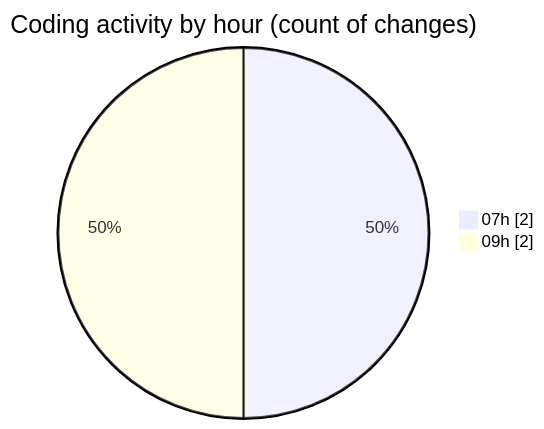
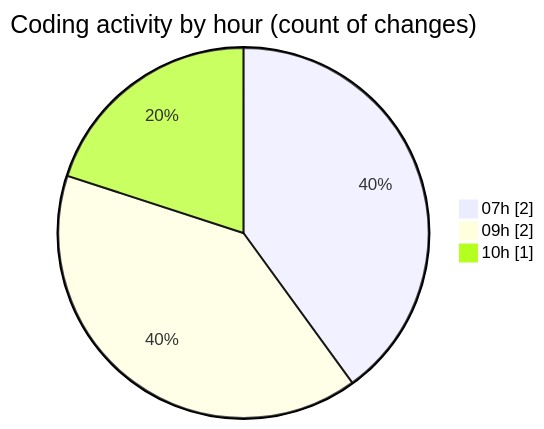
One commit to LanceThiago/code-tracking changed the second of 2 diagrams in 2026-02-09/enviarfacturas/README.md. Above: the diagram before and after it, drawn with Mermaid. The commit also changed other lines of this file and 1 other file, not shown here.

````diff
--- a/2026-02-09/enviarfacturas/README.md
+++ b/2026-02-09/enviarfacturas/README.md
@@ -31,6 +31,7 @@
 ```mermaid
 pie showData
 title Coding activity by hour (count of changes)
 "07h" : 2
 "09h" : 2
+"10h" : 1
 ```
````
